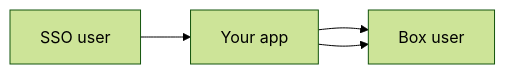
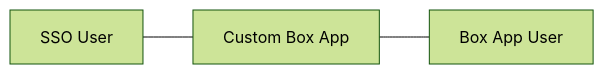
One commit to box/developer.box.com changed the first of 2 diagrams in content/guides/identity-management/index.md. Above: the diagram before and after it, drawn with Mermaid (forest theme). The commit also changed other lines of this file, not shown here.

Commit message:
Add mermaid.js flowchart

````diff
--- a/content/guides/identity-management/index.md
+++ b/content/guides/identity-management/index.md
@@ -19,6 +19,5 @@
-```mermaid;height=100px,width=500px
+```mermaid;width=600px
 graph LR
-   a[SSO user] --> b[Your app]
-   b[Your app] --> c[Box user]
-   b --> c[Box user]
+   a[SSO User] --- b[Custom Box App]
+   b --- c[Box App User]
 ```
````
